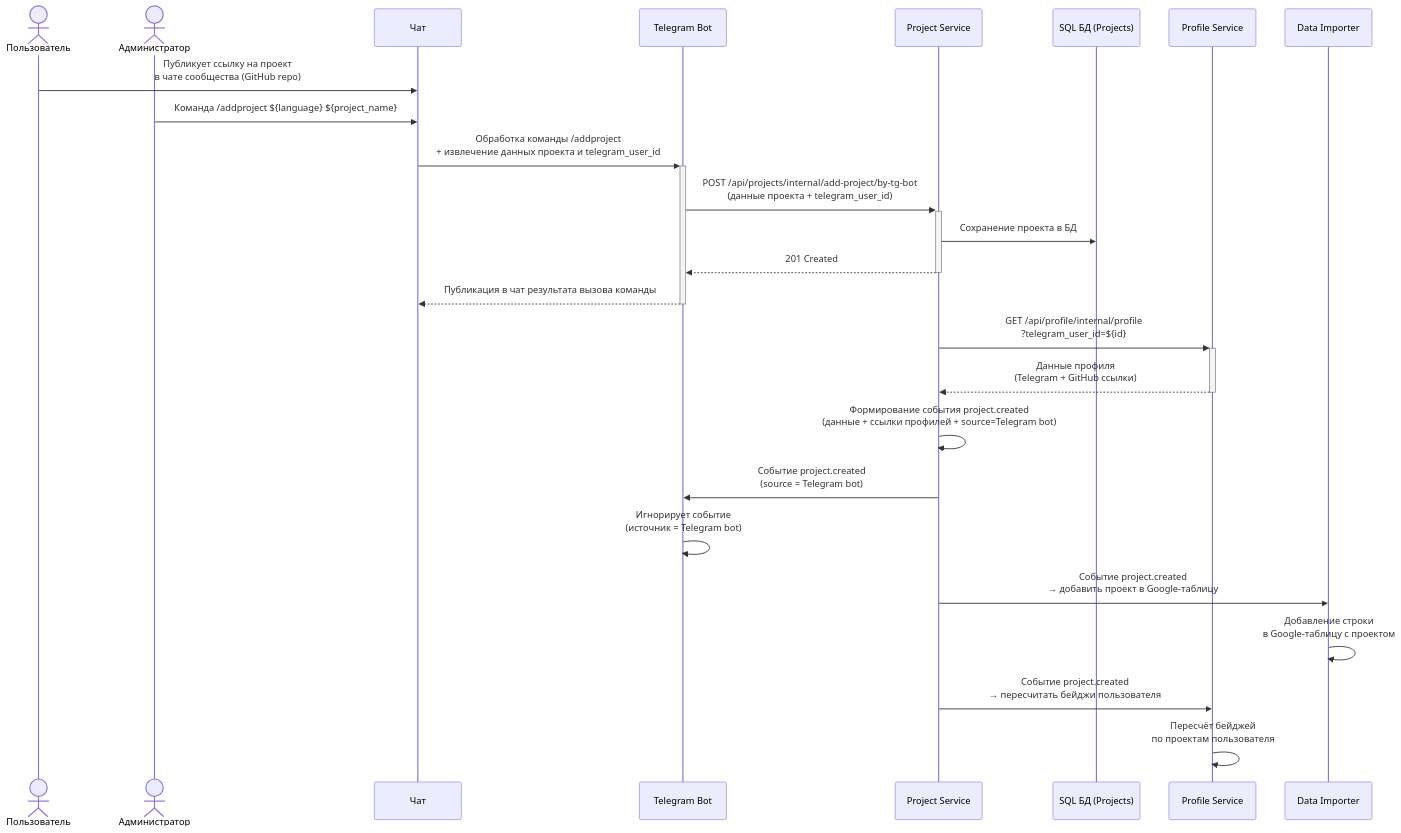
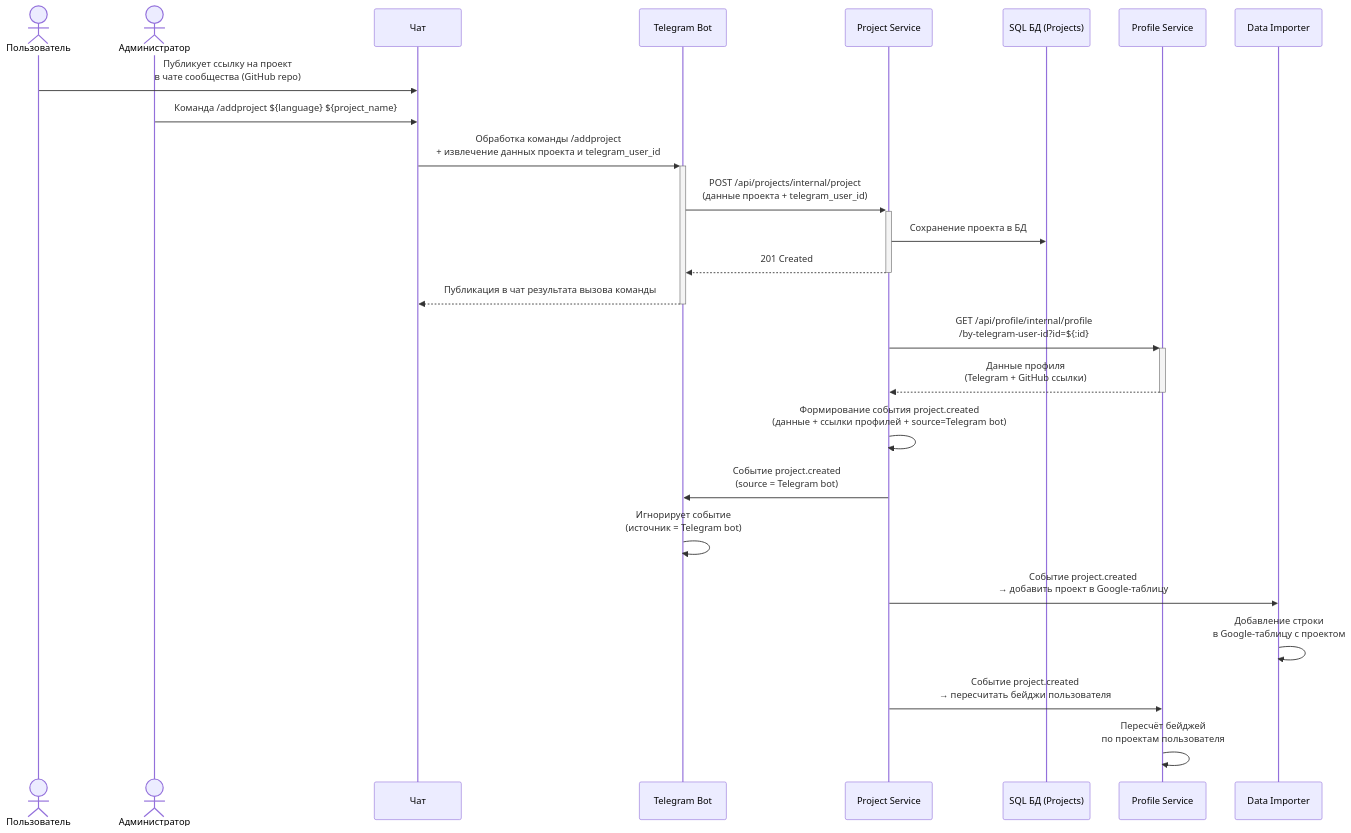
One commit to it-mentor-community-platform/meta changed the second of 3 diagrams in system-analytics/functionality/projects-bookkeeping.md. Above: the diagram before and after it, drawn with Mermaid. The commit also changed other lines of this file, not shown here.

First line of the commit message:
system analytics: importing projects

````diff
--- a/system-analytics/functionality/projects-bookkeeping.md
+++ b/system-analytics/functionality/projects-bookkeeping.md
@@ -62,35 +62,35 @@
 ```mermaid
 sequenceDiagram
     actor User as Пользователь
     actor Admin as Администратор
     participant Chat as Чат
     participant TelegramBot as Telegram Bot
     participant ProjectService as Project Service
     participant SQLDB as SQL БД (Projects)
     participant ProfileService as Profile Service
     participant DataImporter as Data Importer
 
     User ->> Chat: Публикует ссылку на проект<br/>в чате сообщества (GitHub repo)
     Admin ->> Chat: Команда /addproject ${language} ${project_name}
 
     Chat ->>+ TelegramBot: Обработка команды /addproject<br/>+ извлечение данных проекта и telegram_user_id
-    TelegramBot ->>+ ProjectService: POST /api/projects/internal/add-project/by-tg-bot<br/>(данные проекта + telegram_user_id)
+    TelegramBot ->>+ ProjectService: POST /api/projects/internal/project<br/>(данные проекта + telegram_user_id)
 
     ProjectService ->> SQLDB: Сохранение проекта в БД
     ProjectService -->>- TelegramBot: 201 Created
     TelegramBot -->>- Chat: Публикация в чат результата вызова команды
 
-    ProjectService ->>+ ProfileService: GET /api/profile/internal/profile<br/>?telegram_user_id=${id}
+    ProjectService ->>+ ProfileService: GET /api/profile/internal/profile<br/>/by-telegram-user-id?id=${:id}
     ProfileService -->>- ProjectService: Данные профиля<br/>(Telegram + GitHub ссылки)
 
     ProjectService ->> ProjectService: Формирование события project.created<br/>(данные + ссылки профилей + source=Telegram bot)
 
     ProjectService ->> TelegramBot: Событие project.created<br/>(source = Telegram bot)
     TelegramBot ->> TelegramBot: Игнорирует событие<br/>(источник = Telegram bot)
 
     ProjectService ->> DataImporter: Событие project.created<br/>→ добавить проект в Google-таблицу
     DataImporter ->> DataImporter: Добавление строки<br/>в Google-таблицу с проектом
 
     ProjectService ->> ProfileService: Событие project.created<br/>→ пересчитать бейджи пользователя
     ProfileService ->> ProfileService: Пересчёт бейджей<br/>по проектам пользователя
 ```
````
